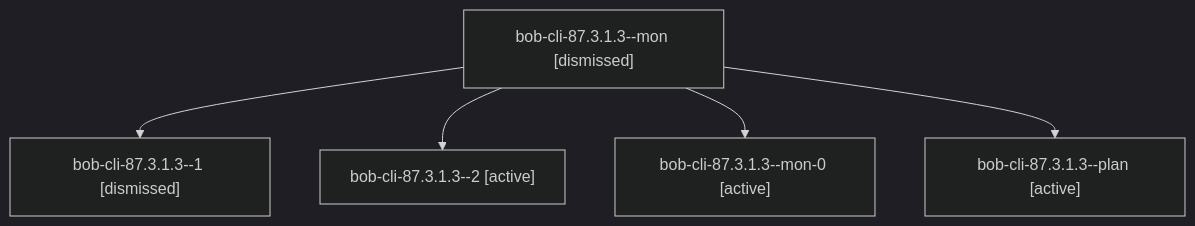
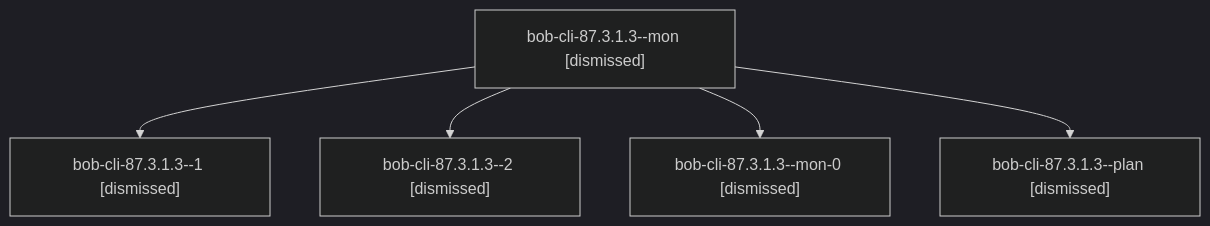
Before and after one commit to bobs-org/bob-cli--agents: the diagram in sessions/bbugyi200.athena.bob-cli-87.3.1.3.md, drawn with Mermaid (dark theme). The commit also changed other lines of this file and 243 other files, not shown here.

````diff
--- a/sessions/bbugyi200.athena.bob-cli-87.3.1.3.md
+++ b/sessions/bbugyi200.athena.bob-cli-87.3.1.3.md
@@ -9,12 +9,12 @@
 ```mermaid
 flowchart TD
   n0["bob-cli-87.3.1.3--mon [dismissed]"]
   n1["bob-cli-87.3.1.3--1 [dismissed]"]
   n0 --> n1
-  n2["bob-cli-87.3.1.3--2 [active]"]
+  n2["bob-cli-87.3.1.3--2 [dismissed]"]
   n0 --> n2
-  n3["bob-cli-87.3.1.3--mon-0 [active]"]
+  n3["bob-cli-87.3.1.3--mon-0 [dismissed]"]
   n0 --> n3
-  n4["bob-cli-87.3.1.3--plan [active]"]
+  n4["bob-cli-87.3.1.3--plan [dismissed]"]
   n0 --> n4
 ```
````
